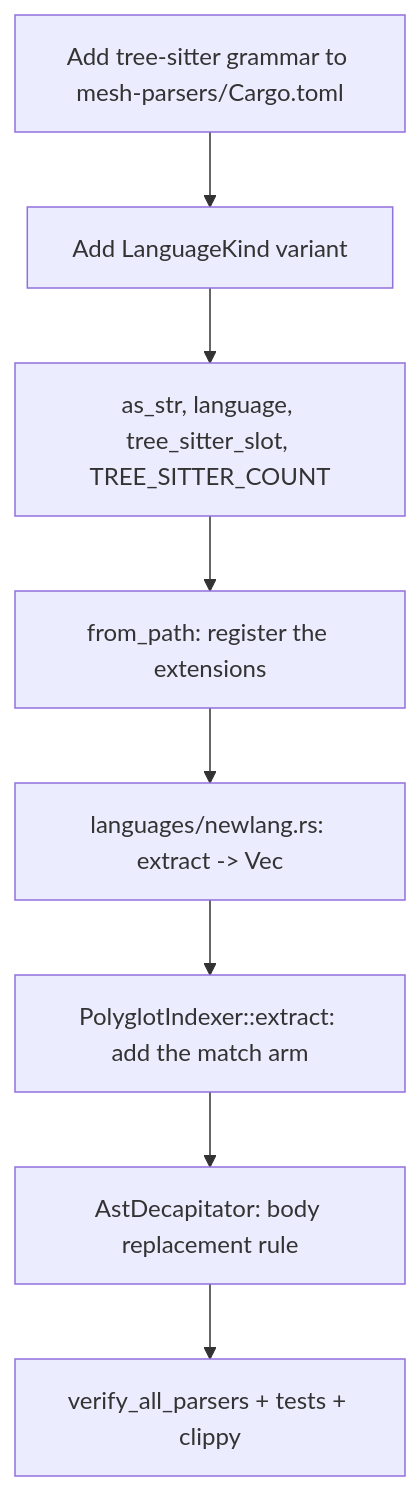
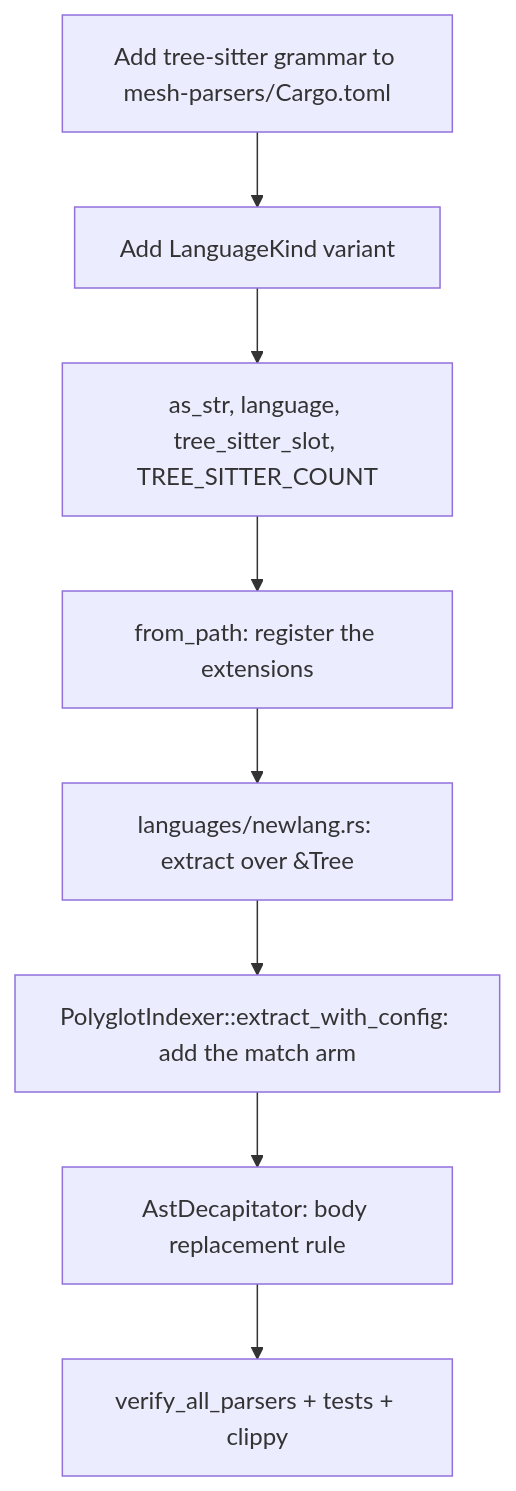
One commit to VictorAgahi/causalmesh changed the diagram in .agents/skills/mesh-parser-engineering/SKILL.md. Above: the diagram before and after it, drawn with Mermaid. The commit also changed other lines of this file and 22 other files, not shown here.

````diff
--- a/.agents/skills/mesh-parser-engineering/SKILL.md
+++ b/.agents/skills/mesh-parser-engineering/SKILL.md
@@ -116,10 +140,10 @@
 ```mermaid
 graph TD
     A[Add tree-sitter grammar to mesh-parsers/Cargo.toml] --> B[Add LanguageKind variant]
     B --> C[as_str, language, tree_sitter_slot, TREE_SITTER_COUNT]
     C --> D[from_path: register the extensions]
-    D --> E[languages/newlang.rs: extract -> Vec<ContractNode>]
-    E --> F[PolyglotIndexer::extract: add the match arm]
+    D --> E[languages/newlang.rs: extract over &Tree]
+    E --> F[PolyglotIndexer::extract_with_config: add the match arm]
     F --> G[AstDecapitator: body replacement rule]
     G --> H[verify_all_parsers + tests + clippy]
 ```
````
